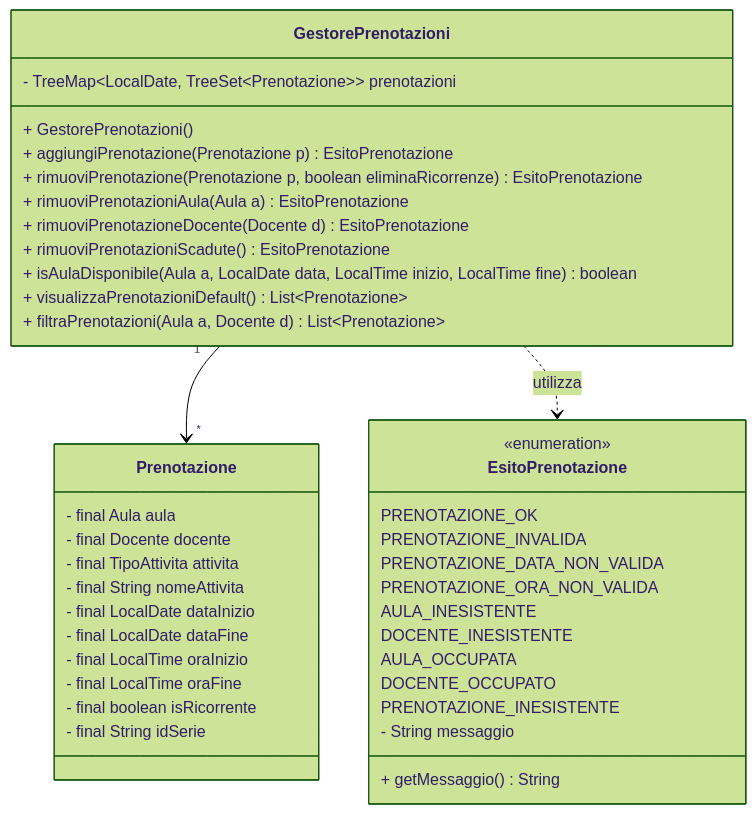
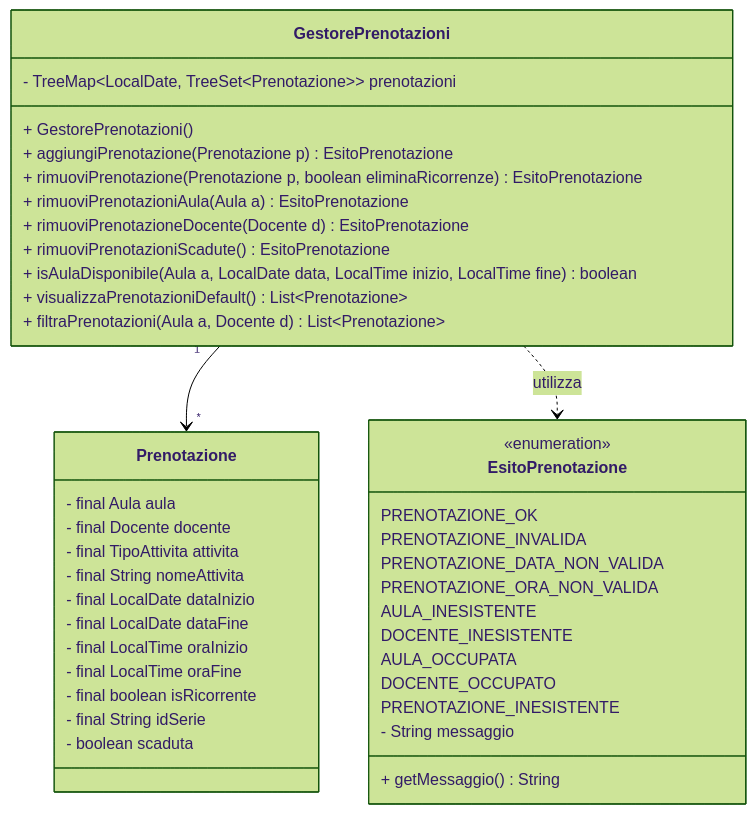
One commit to gcarbone48/PrenotazioneAule5 changed the diagram in diagrams/class diagrams/gestorePrenotazioniClass.md. Above: the diagram before and after it, drawn with Mermaid (forest theme). The commit also changed 1 other file, not shown here.

Commit message:
FEAT: aggiunta attributo scaduta alla classe Prenotazione

```diff
--- a/diagrams/class diagrams/gestorePrenotazioniClass.md
+++ b/diagrams/class diagrams/gestorePrenotazioniClass.md
@@ -11,7 +11,8 @@
         - final LocalTime oraInizio
         - final LocalTime oraFine
         - final boolean isRicorrente
-        - final String idSerie        
+        - final String idSerie     
+        - boolean scaduta
         %% codice interno x controlli nostri
     }
 
```
